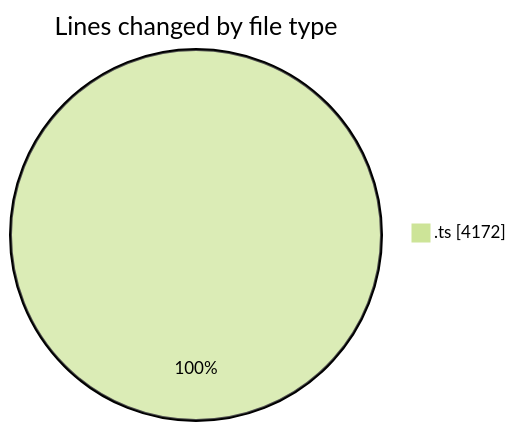
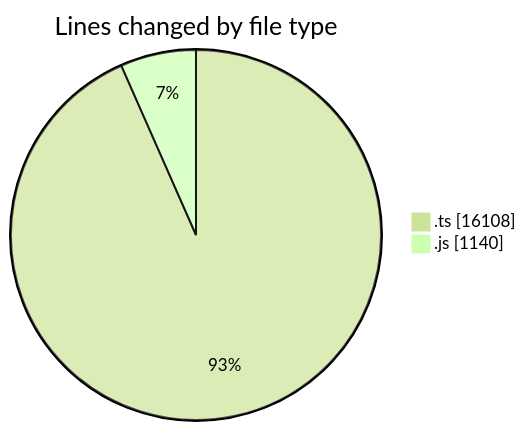
Before and after one commit to momahboobian/code-tracking: the first of 2 diagrams in 2025-06-27/cda/README.md, drawn with Mermaid (forest theme). The commit also changed other lines of this file and 1 other file, not shown here.

````diff
--- a/2025-06-27/cda/README.md
+++ b/2025-06-27/cda/README.md
@@ -26,5 +29,6 @@
 ```mermaid
 pie showData
 title Lines changed by file type
-".ts" : 4172
+".ts" : 16108
+".js" : 1140
 ```
````
